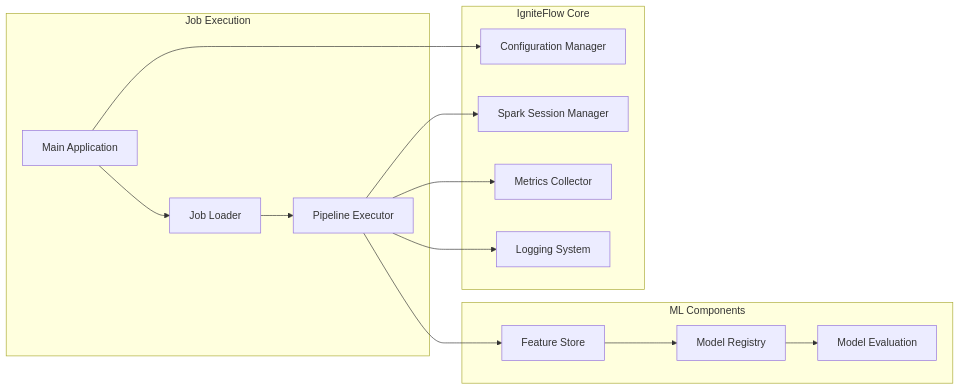
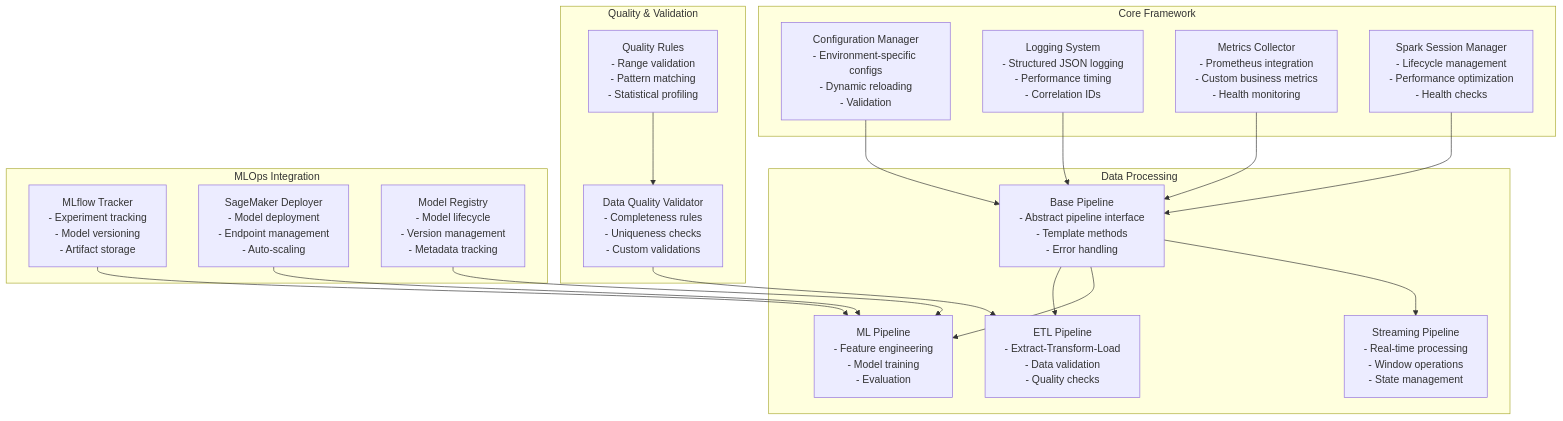
One commit to JazzzFM/IgniteFlow changed the second of 2 diagrams in README.md. Above: the diagram before and after it, drawn with Mermaid. The commit also changed other lines of this file and 16 other files, not shown here.

````diff
--- a/README.md
+++ b/README.md
@@ -170,31 +248,52 @@
 ```mermaid
-graph LR
-    subgraph "IgniteFlow Core"
-        Config[Configuration Manager]
-        Spark[Spark Session Manager]
-        Metrics[Metrics Collector]
-        Logger[Logging System]
+graph TB
+    subgraph "Core Framework"
+        CONFIG[Configuration Manager<br/>- Environment-specific configs<br/>- Dynamic reloading<br/>- Validation]
+        
+        LOGGING[Logging System<br/>- Structured JSON logging<br/>- Performance timing<br/>- Correlation IDs]
+        
+        METRICS[Metrics Collector<br/>- Prometheus integration<br/>- Custom business metrics<br/>- Health monitoring]
+        
+        SPARK_MGR[Spark Session Manager<br/>- Lifecycle management<br/>- Performance optimization<br/>- Health checks]
     end
     
-    subgraph "Job Execution"
-        Main[Main Application]
-        JobLoader[Job Loader]
-        Pipeline[Pipeline Executor]
+    subgraph "Data Processing"
+        BASE[Base Pipeline<br/>- Abstract pipeline interface<br/>- Template methods<br/>- Error handling]
+        
+        ETL_PIPELINE[ETL Pipeline<br/>- Extract-Transform-Load<br/>- Data validation<br/>- Quality checks]
+        
+        ML_PIPELINE[ML Pipeline<br/>- Feature engineering<br/>- Model training<br/>- Evaluation]
+        
+        STREAM_PIPELINE[Streaming Pipeline<br/>- Real-time processing<br/>- Window operations<br/>- State management]
     end
     
-    subgraph "ML Components"
-        Feature[Feature Store]
-        Model[Model Registry]
-        Eval[Model Evaluation]
+    subgraph "Quality & Validation"
+        DQ_VALIDATOR[Data Quality Validator<br/>- Completeness rules<br/>- Uniqueness checks<br/>- Custom validations]
+        
+        DQ_RULES[Quality Rules<br/>- Range validation<br/>- Pattern matching<br/>- Statistical profiling]
     end
     
-    Main --> Config
-    Main --> JobLoader
-    JobLoader --> Pipeline
-    Pipeline --> Spark
-    Pipeline --> Metrics
-    Pipeline --> Logger
-    Pipeline --> Feature
-    Feature --> Model
-    Model --> Eval
+    subgraph "MLOps Integration"
+        MLFLOW_TRACKER[MLflow Tracker<br/>- Experiment tracking<br/>- Model versioning<br/>- Artifact storage]
+        
+        SAGEMAKER_DEPLOY[SageMaker Deployer<br/>- Model deployment<br/>- Endpoint management<br/>- Auto-scaling]
+        
+        MODEL_REGISTRY[Model Registry<br/>- Model lifecycle<br/>- Version management<br/>- Metadata tracking]
+    end
+    
+    CONFIG --> BASE
+    LOGGING --> BASE
+    METRICS --> BASE
+    SPARK_MGR --> BASE
+    
+    BASE --> ETL_PIPELINE
+    BASE --> ML_PIPELINE
+    BASE --> STREAM_PIPELINE
+    
+    DQ_VALIDATOR --> ETL_PIPELINE
+    DQ_RULES --> DQ_VALIDATOR
+    
+    MLFLOW_TRACKER --> ML_PIPELINE
+    SAGEMAKER_DEPLOY --> ML_PIPELINE
+    MODEL_REGISTRY --> ML_PIPELINE
 ```
````
